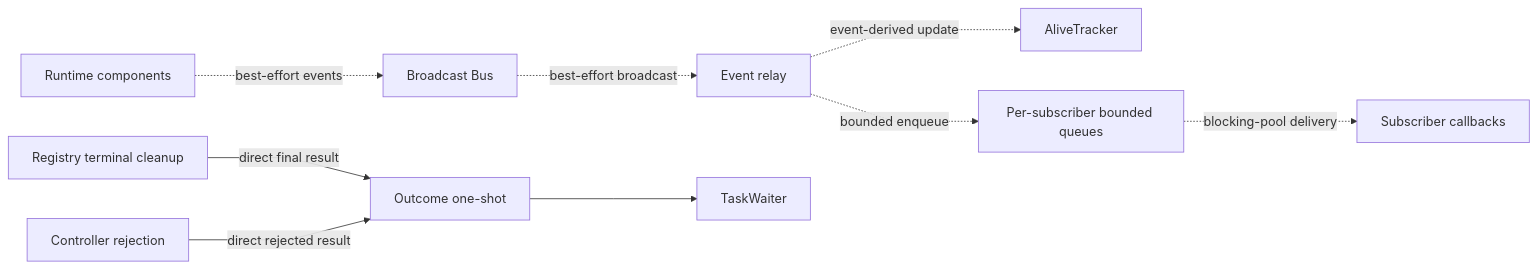
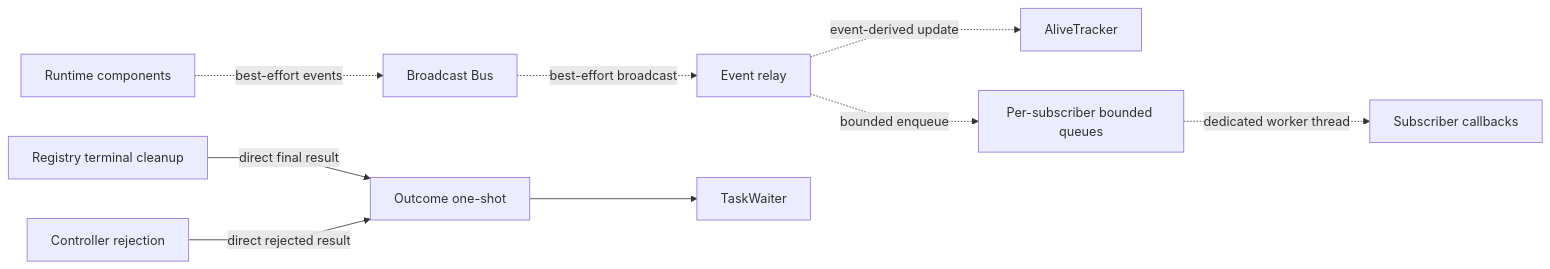
Before and after one commit to soltiHQ/taskvisor: the seventh of 10 diagrams in src/ARCHITECTURE.md, drawn with Mermaid. The commit also changed other lines of this file and 40 other files, not shown here.

````diff
--- a/src/ARCHITECTURE.md
+++ b/src/ARCHITECTURE.md
@@ -211,25 +215,25 @@
 ```mermaid
 %%{init: {"flowchart": {"curve": "linear"}}}%%
 flowchart LR
     Runtime["Runtime components"]
     Bus["Broadcast Bus"]
     Relay["Event relay"]
     Alive["AliveTracker"]
     Queues["Per-subscriber bounded queues"]
     Subscribers["Subscriber callbacks"]
 
     Cleanup["Registry terminal cleanup"]
     Reject["Controller rejection"]
     Outcome["Outcome one-shot"]
     Waiter["TaskWaiter"]
 
     Runtime -. best-effort events .-> Bus
     Bus -. best-effort broadcast .-> Relay
     Relay -. event-derived update .-> Alive
     Relay -. bounded enqueue .-> Queues
-    Queues -. blocking-pool delivery .-> Subscribers
+    Queues -. dedicated worker thread .-> Subscribers
 
     Cleanup -->|direct final result| Outcome
     Reject -->|direct rejected result| Outcome
     Outcome --> Waiter
 ```
````
